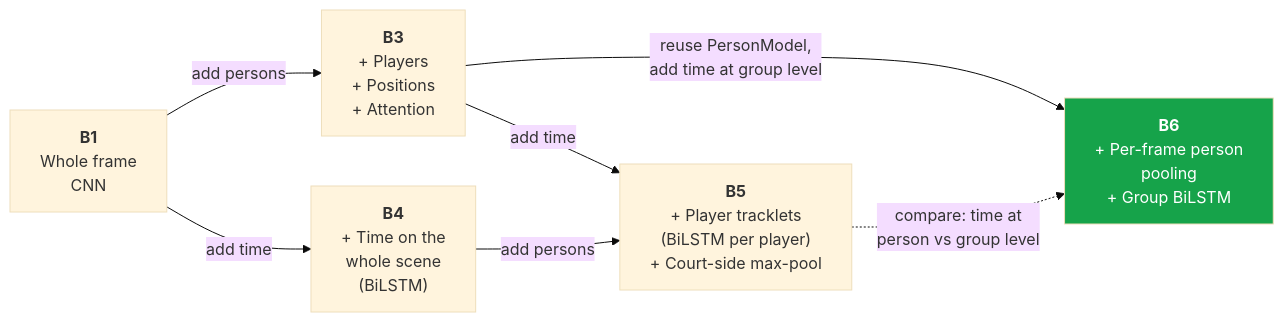
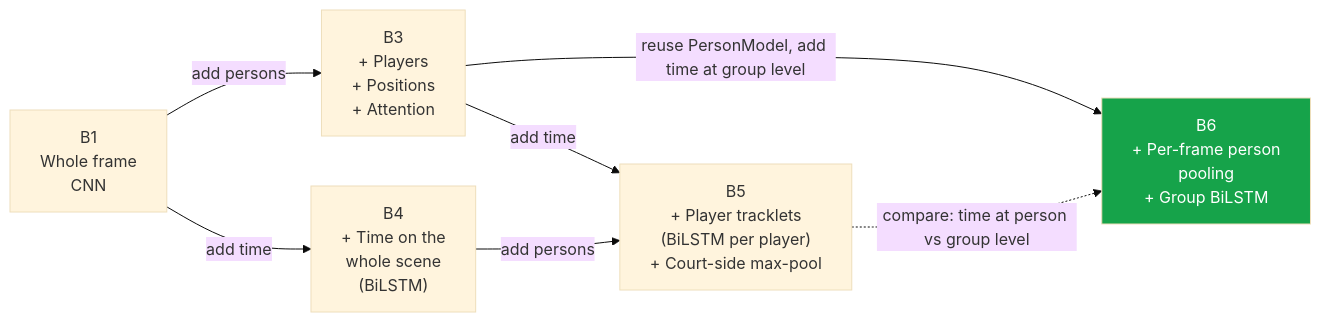
One commit to Abdo-Gamal/volleyball_project changed the first of 23 diagrams in README.md. Above: the diagram before and after it, drawn with Mermaid (base theme). The commit also changed other lines of this file, not shown here.

````diff
--- a/README.md
+++ b/README.md
@@ -45,15 +45,15 @@
 ```mermaid
 flowchart LR
-    B1["<b>B1</b><br/>Whole frame<br/>CNN"]
-    B3["<b>B3</b><br/>+ Players<br/>+ Positions<br/>+ Attention"]
-    B4["<b>B4</b><br/>+ Time on the<br/>whole scene<br/>(BiLSTM)"]
-    B5["<b>B5</b><br/>+ Player tracklets<br/>(BiLSTM per player)<br/>+ Court-side max-pool"]
-    B6["<b>B6</b><br/>+ Per-frame person<br/>pooling<br/>+ Group BiLSTM"]
+    B1["B1<br/>Whole frame<br/>CNN"]
+    B3["B3<br/>+ Players<br/>+ Positions<br/>+ Attention"]
+    B4["B4<br/>+ Time on the<br/>whole scene<br/>(BiLSTM)"]
+    B5["B5<br/>+ Player tracklets<br/>(BiLSTM per player)<br/>+ Court-side max-pool"]
+    B6["B6<br/>+ Per-frame person<br/>pooling<br/>+ Group BiLSTM"]
     B1 -->|add persons| B3
     B1 -->|add time| B4
     B3 -->|add time| B5
     B4 -->|add persons| B5
-    B3 -->|reuse PersonModel,<br/>add time at group level| B6
-    B5 -.->|compare: time at<br/>person vs group level| B6
+    B3 -->|"reuse PersonModel, add time at group level"| B6
+    B5 -.->|"compare: time at person vs group level"| B6
     style B6 fill:#16a34a,color:#fff
 ```
````
